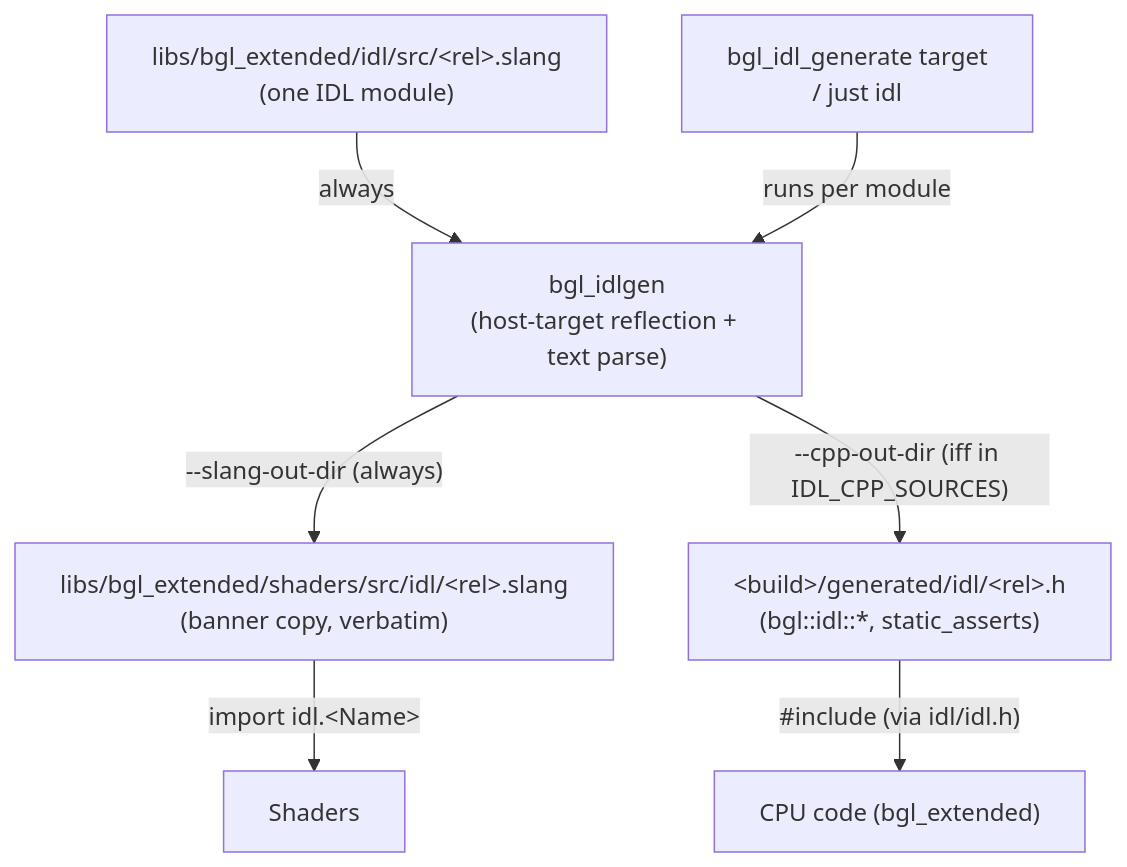
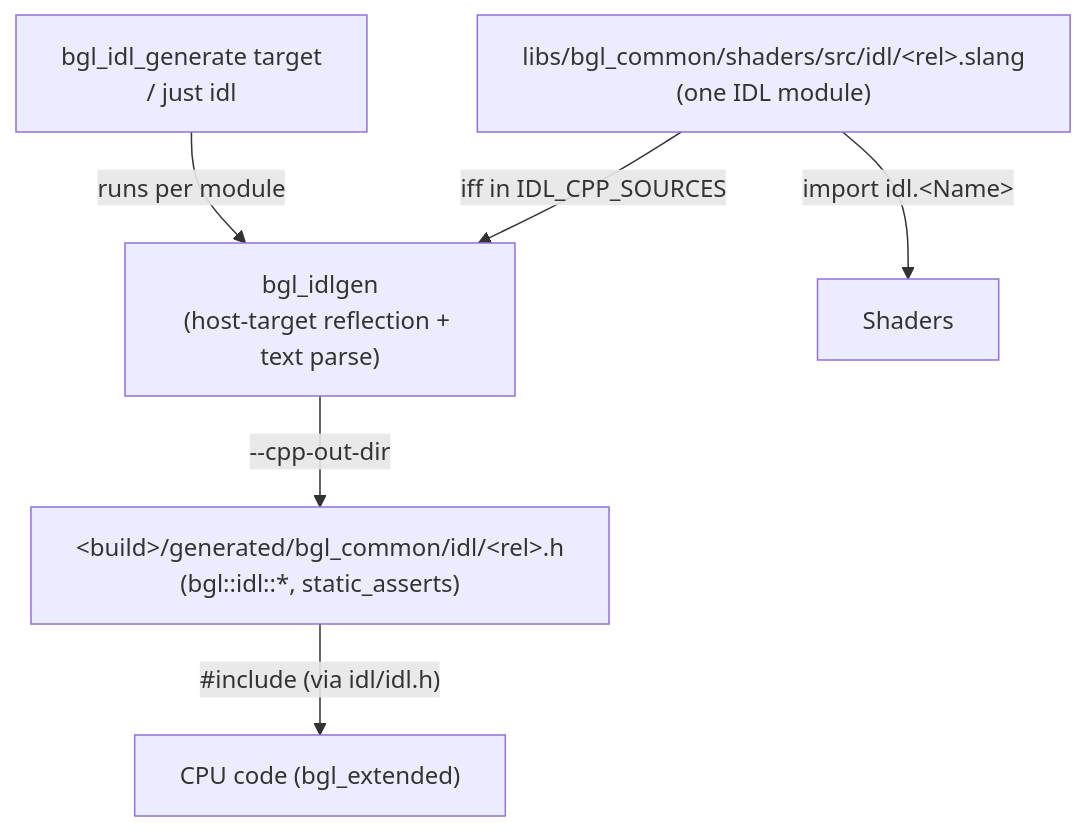
The diagram in docs/idlgen.md (alexjiang200407/bernini), drawn with Mermaid before and after one commit. The commit also changed other lines of this file and 256 other files, not shown here.

First line of the commit message:
refactor(bgl): bgl_common, the tier every renderer needs and no renderer owns (#626)

````diff
--- a/docs/idlgen.md
+++ b/docs/idlgen.md
@@ -144,16 +142,14 @@
 ```mermaid
 flowchart TD
-    IDL["libs/bgl_extended/idl/src/&lt;rel&gt;.slang<br/>(one IDL module)"]
+    IDL["libs/bgl_common/shaders/src/idl/&lt;rel&gt;.slang<br/>(one IDL module)"]
     TOOL["bgl_idlgen<br/>(host-target reflection + text parse)"]
-    SLANG["libs/bgl_extended/shaders/src/idl/&lt;rel&gt;.slang<br/>(banner copy, verbatim)"]
-    CPP["&lt;build&gt;/generated/idl/&lt;rel&gt;.h<br/>(bgl::idl::*, static_asserts)"]
+    CPP["&lt;build&gt;/generated/bgl_common/idl/&lt;rel&gt;.h<br/>(bgl::idl::*, static_asserts)"]
     SH["Shaders"]
     CX["CPU code (bgl_extended)"]
 
-    IDL -- "always" --> TOOL
-    TOOL -- "--slang-out-dir (always)" --> SLANG
-    TOOL -- "--cpp-out-dir (iff in IDL_CPP_SOURCES)" --> CPP
-    SLANG -- "import idl.&lt;Name&gt;" --> SH
+    IDL -- "iff in IDL_CPP_SOURCES" --> TOOL
+    TOOL -- "--cpp-out-dir" --> CPP
+    IDL -- "import idl.&lt;Name&gt;" --> SH
     CPP -- "#include (via idl/idl.h)" --> CX
     CMAKE["bgl_idl_generate target<br/>/ just idl"] -- "runs per module" --> TOOL
 ```
````
